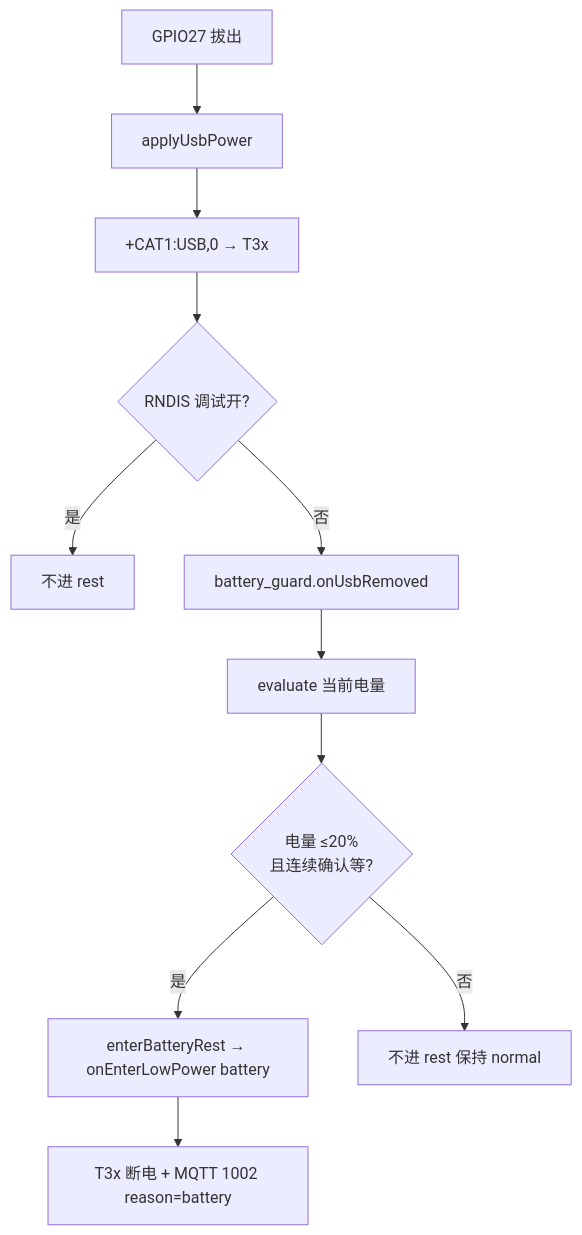
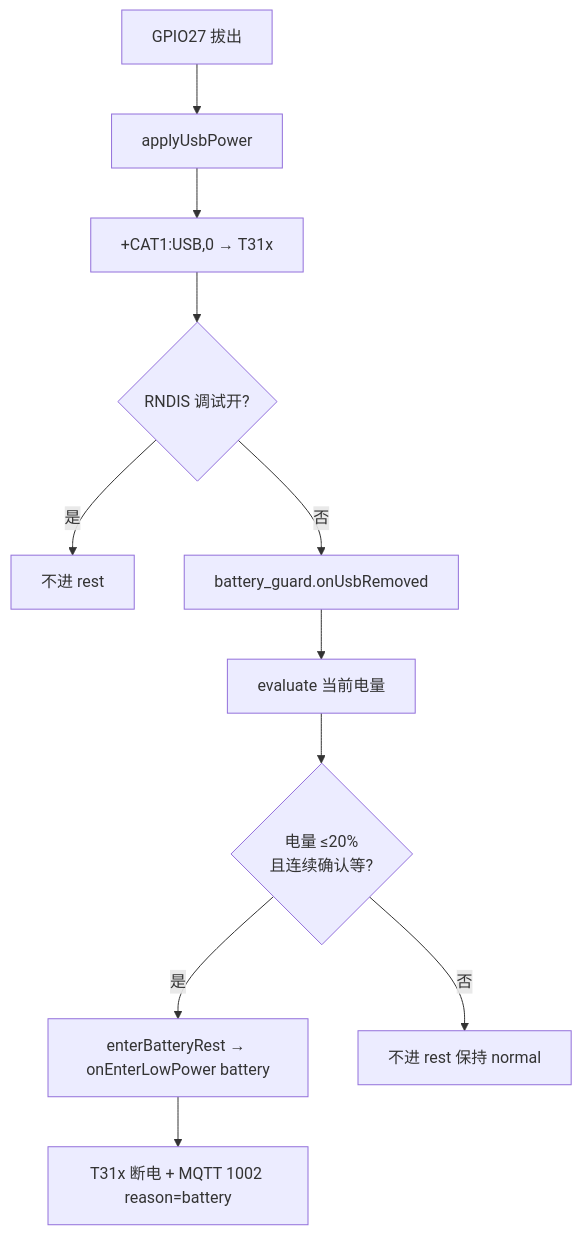
Before and after one commit to dzr1986/AIR780EHM: the second of 2 diagrams in doc/WORK_MODE_BATTERY_20PCT.md, drawn with Mermaid. The commit also changed other lines of this file and 402 other files, not shown here.

````diff
--- a/doc/WORK_MODE_BATTERY_20PCT.md
+++ b/doc/WORK_MODE_BATTERY_20PCT.md
@@ -205,13 +205,13 @@
 ```mermaid
 flowchart TD
     A[GPIO27 拔出] --> B[applyUsbPower]
-    B --> C[+CAT1:USB,0 → T3x]
+    B --> C[+CAT1:USB,0 → T31x]
     C --> D{RNDIS 调试开?}
     D -->|是| Z[不进 rest]
     D -->|否| E[battery_guard.onUsbRemoved]
     E --> F[evaluate 当前电量]
     F --> G{电量 ≤20%\n且连续确认等?}
     G -->|是| H[enterBatteryRest → onEnterLowPower battery]
     G -->|否| I[不进 rest 保持 normal]
-    H --> J[T3x 断电 + MQTT 1002 reason=battery]
+    H --> J[T31x 断电 + MQTT 1002 reason=battery]
 ```
````
